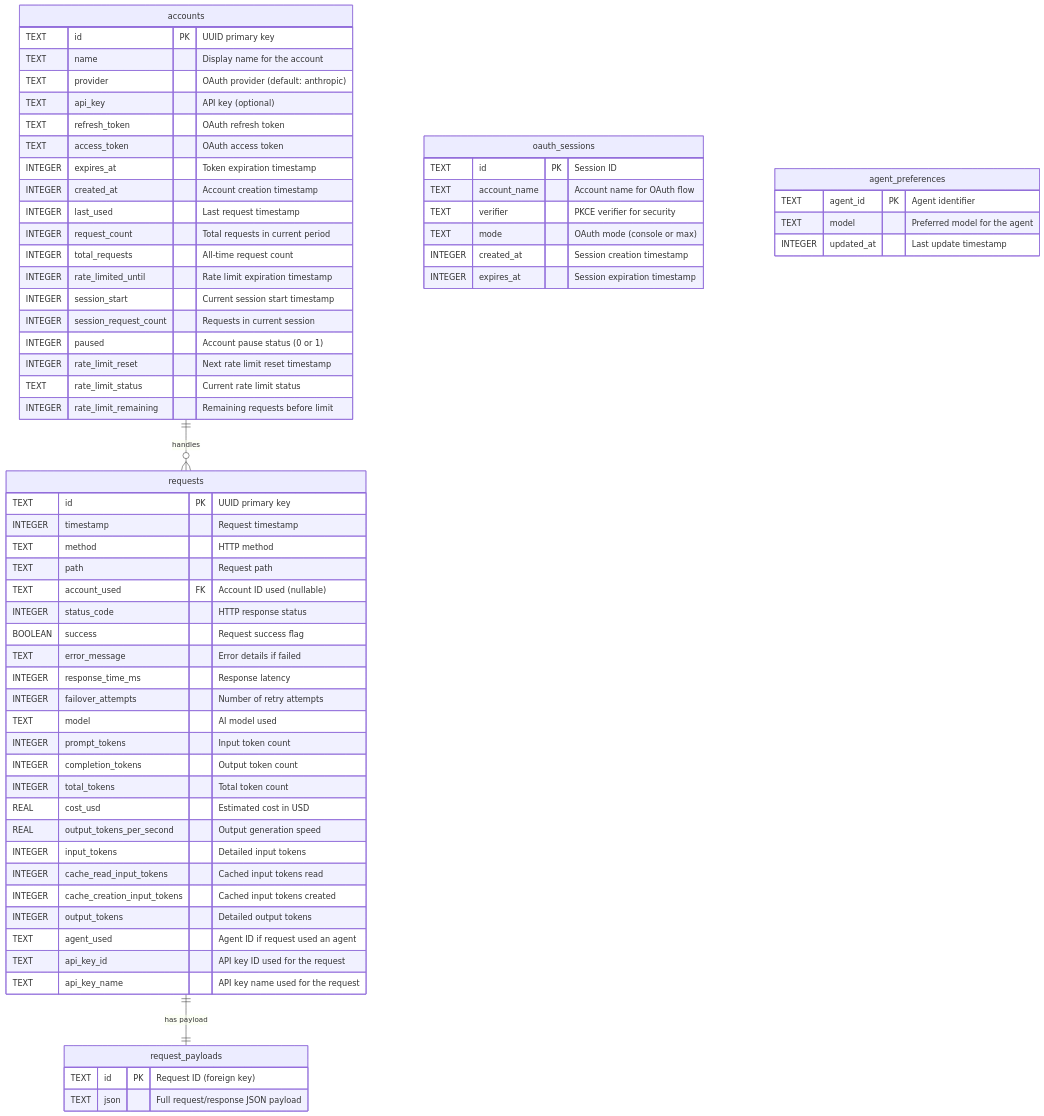
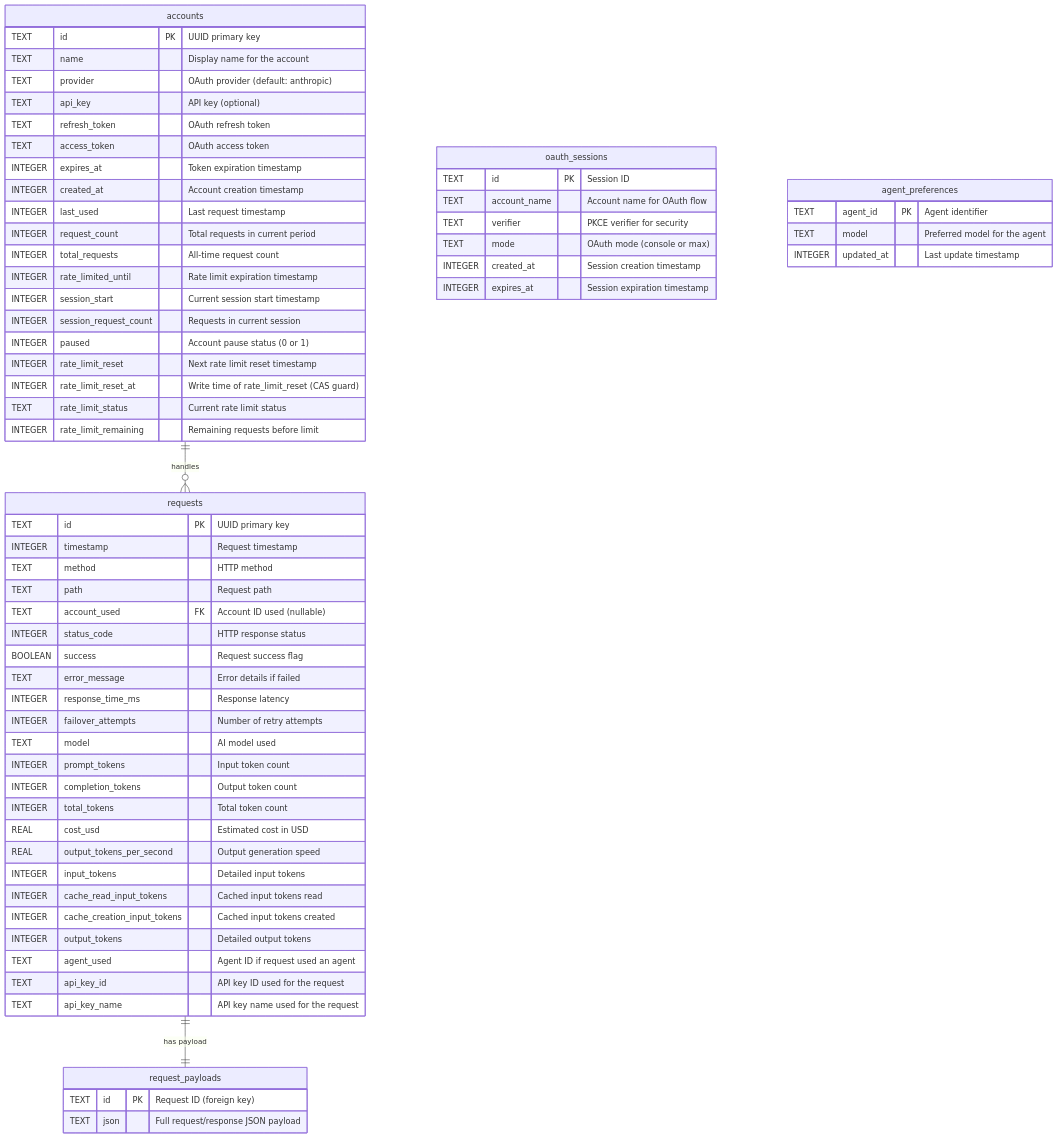
Before and after one commit to tombii/better-ccflare: the diagram in docs/database.md, drawn with Mermaid. The commit also changed other lines of this file and 2 other files, not shown here.

Commit message:
docs: document rate_limit_reset_at and out-of-band weekly reset detection (#443)
PR #445's fix for #443 added the rate_limit_reset_at CAS column and the
usage-poller's stale-reset clearing that unblocks accounts starved by
session-drain-soonest-strict after an out-of-band weekly reset. Docs
never caught up: database.md was missing the new column, and
auto-refresh.md/routing-architecture.md still described the old
deadlock-prone behavior without mentioning the fix.

````diff
--- a/docs/database.md
+++ b/docs/database.md
@@ -33,72 +33,73 @@
 ```mermaid
 erDiagram
     accounts {
         TEXT id PK "UUID primary key"
         TEXT name "Display name for the account"
         TEXT provider "OAuth provider (default: anthropic)"
         TEXT api_key "API key (optional)"
         TEXT refresh_token "OAuth refresh token"
         TEXT access_token "OAuth access token"
         INTEGER expires_at "Token expiration timestamp"
         INTEGER created_at "Account creation timestamp"
         INTEGER last_used "Last request timestamp"
         INTEGER request_count "Total requests in current period"
         INTEGER total_requests "All-time request count"
         INTEGER rate_limited_until "Rate limit expiration timestamp"
         INTEGER session_start "Current session start timestamp"
         INTEGER session_request_count "Requests in current session"
         INTEGER paused "Account pause status (0 or 1)"
         INTEGER rate_limit_reset "Next rate limit reset timestamp"
+        INTEGER rate_limit_reset_at "Write time of rate_limit_reset (CAS guard)"
         TEXT rate_limit_status "Current rate limit status"
         INTEGER rate_limit_remaining "Remaining requests before limit"
     }
     
     requests {
         TEXT id PK "UUID primary key"
         INTEGER timestamp "Request timestamp"
         TEXT method "HTTP method"
         TEXT path "Request path"
         TEXT account_used FK "Account ID used (nullable)"
         INTEGER status_code "HTTP response status"
         BOOLEAN success "Request success flag"
         TEXT error_message "Error details if failed"
         INTEGER response_time_ms "Response latency"
         INTEGER failover_attempts "Number of retry attempts"
         TEXT model "AI model used"
         INTEGER prompt_tokens "Input token count"
         INTEGER completion_tokens "Output token count"
         INTEGER total_tokens "Total token count"
         REAL cost_usd "Estimated cost in USD"
         REAL output_tokens_per_second "Output generation speed"
         INTEGER input_tokens "Detailed input tokens"
         INTEGER cache_read_input_tokens "Cached input tokens read"
         INTEGER cache_creation_input_tokens "Cached input tokens created"
         INTEGER output_tokens "Detailed output tokens"
         TEXT agent_used "Agent ID if request used an agent"
         TEXT api_key_id "API key ID used for the request"
         TEXT api_key_name "API key name used for the request"
     }
     
     request_payloads {
         TEXT id PK "Request ID (foreign key)"
         TEXT json "Full request/response JSON payload"
     }
     
     oauth_sessions {
         TEXT id PK "Session ID"
         TEXT account_name "Account name for OAuth flow"
         TEXT verifier "PKCE verifier for security"
         TEXT mode "OAuth mode (console or max)"
         INTEGER created_at "Session creation timestamp"
         INTEGER expires_at "Session expiration timestamp"
     }
     
     agent_preferences {
         TEXT agent_id PK "Agent identifier"
         TEXT model "Preferred model for the agent"
         INTEGER updated_at "Last update timestamp"
     }
     
     accounts ||--o{ requests : "handles"
     requests ||--|| request_payloads : "has payload"
 ```
````
